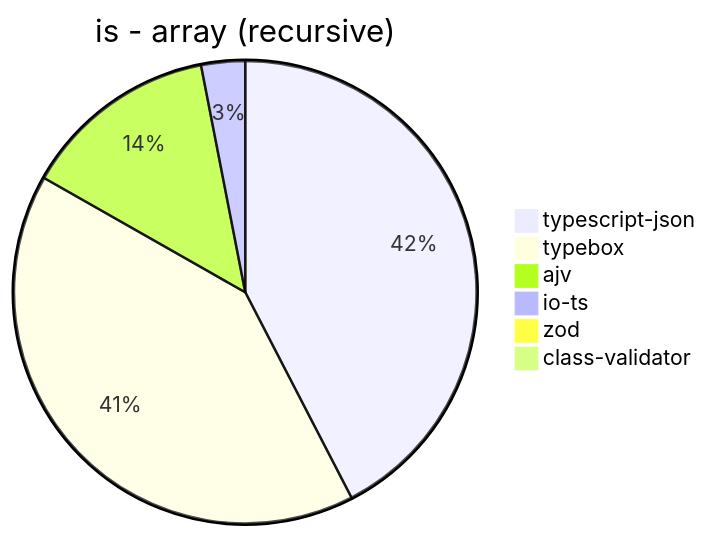
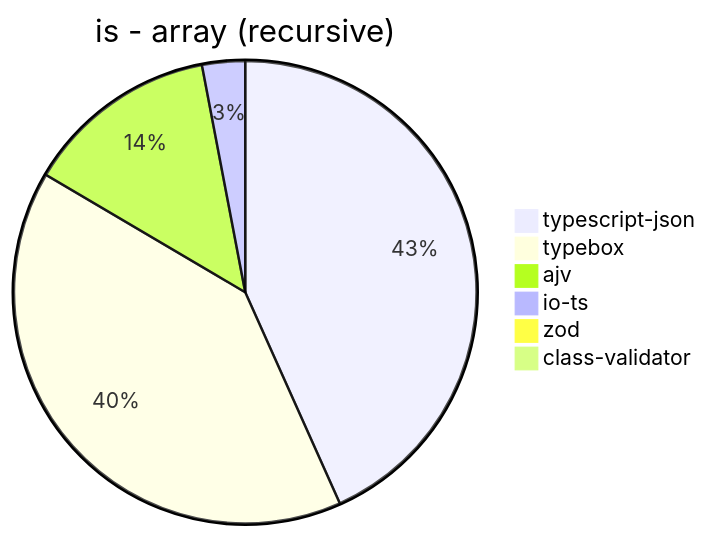
The fifth of 38 diagrams in benchmark/results/11th Gen Intel(R) Core(TM) i5-1135G7 @ 2.40GHz.md (samchon/typia), drawn with Mermaid before and after one commit. The commit also changed other lines of this file and 364 other files, not shown here.

````diff
--- a/benchmark/results/11th Gen Intel(R) Core(TM) i5-1135G7 @ 2.40GHz.md
+++ b/benchmark/results/11th Gen Intel(R) Core(TM) i5-1135G7 @ 2.40GHz.md
@@ -65,9 +65,9 @@
 ```mermaid
 pie title is - array (recursive)
-  "typescript-json": 6543.650064326411
-  "typebox": 6299.339167708519
-  "ajv": 2116.1856046766534
-  "io-ts": 472.784111805811
-  "zod": 8.862907788044502
-  "class-validator": 3.325327914280436
+  "typescript-json": 6521.699489423779
+  "typebox": 6051.75798679279
+  "ajv": 2036.8031751758974
+  "io-ts": 452.1835268103925
+  "zod": 8.903728436282693
+  "class-validator": 3.3482142857142856
 ```
````
